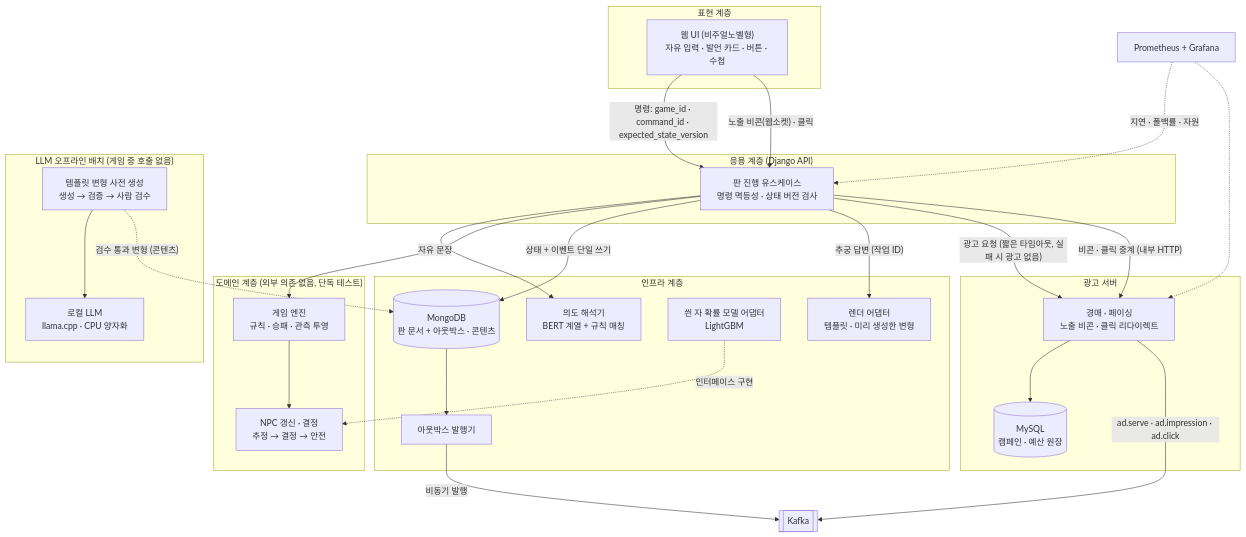
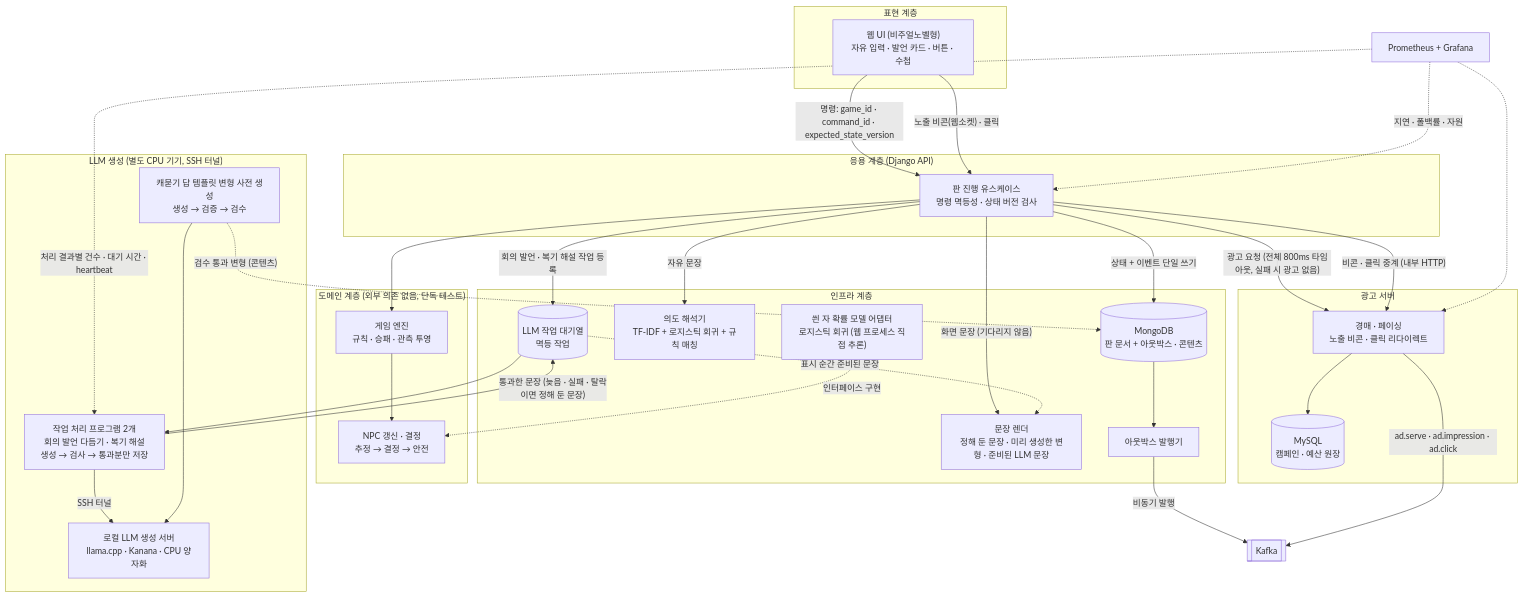
One commit to encore-ai-campus/mlo-01-p4-team3 changed the first of 3 diagrams in docs/paldo_design_v1.md. Above: the diagram before and after it, drawn with Mermaid. The commit also changed other lines of this file and 2 other files, not shown here.

````diff
--- a/docs/paldo_design_v1.md
+++ b/docs/paldo_design_v1.md
@@ -308,54 +307,62 @@
 ```mermaid
 flowchart TB
   subgraph P["표현 계층"]
     UI["웹 UI (비주얼노벨형)<br/>자유 입력 · 발언 카드 · 버튼 · 수첩"]
   end
 
   subgraph A["응용 계층 (Django API)"]
     UC["판 진행 유스케이스<br/>명령 멱등성 · 상태 버전 검사"]
   end
 
   subgraph D["도메인 계층 (외부 의존 없음, 단독 테스트)"]
     ENG["게임 엔진<br/>규칙 · 승패 · 관측 투영"]
     NPC["NPC 갱신 · 결정<br/>추정 → 결정 → 안전"]
   end
 
   subgraph I["인프라 계층"]
     DB[("MongoDB<br/>판 문서 + 아웃박스 · 콘텐츠")]
-    INT["의도 해석기<br/>BERT 계열 + 규칙 매칭"]
-    MDL["씐 자 확률 모델 어댑터<br/>LightGBM"]
-    LLMC["렌더 어댑터<br/>템플릿 · 미리 생성한 변형"]
+    INT["의도 해석기<br/>TF-IDF + 로지스틱 회귀 + 규칙 매칭"]
+    MDL["씐 자 확률 모델 어댑터<br/>로지스틱 회귀 (웹 프로세스 직접 추론)"]
+    LLMC["문장 렌더<br/>정해 둔 문장 · 미리 생성한 변형 · 준비된 LLM 문장"]
+    Q[("LLM 작업 대기열<br/>멱등 작업")]
     PUB["아웃박스 발행기"]
   end
 
-  subgraph L["LLM 오프라인 배치 (게임 중 호출 없음)"]
-    LG["템플릿 변형 사전 생성<br/>생성 → 검증 → 사람 검수"]
-    LLM["로컬 LLM<br/>llama.cpp · CPU 양자화"]
+  subgraph L["LLM 생성 (별도 CPU 기기, SSH 터널)"]
+    W["작업 처리 프로그램 2개<br/>회의 발언 다듬기 · 복기 해설<br/>생성 → 검사 → 통과분만 저장"]
+    LLM["로컬 LLM 생성 서버<br/>llama.cpp · Kanana · CPU 양자화"]
+    LG["캐묻기 답 템플릿 변형 사전 생성<br/>생성 → 검증 → 검수"]
   end
 
   UI -->|"명령: game_id · command_id · expected_state_version"| UC
   UC -->|"자유 문장"| INT
   UC --> ENG
   ENG --> NPC
   MDL -.->|"인터페이스 구현"| NPC
   UC -->|"상태 + 이벤트 단일 쓰기"| DB
-  UC -->|"추궁 답변 (작업 ID)"| LLMC
+  UC -->|"화면 문장 (기다리지 않음)"| LLMC
+  UC -->|"회의 발언 · 복기 해설 작업 등록"| Q
+  Q --> W
+  W -->|"SSH 터널"| LLM
+  W -->|"통과한 문장 (늦음 · 실패 · 탈락이면 정해 둔 문장)"| Q
+  Q -.->|"표시 순간 준비된 문장"| LLMC
   LG --> LLM
   LG -.->|"검수 통과 변형 (콘텐츠)"| DB
   DB --> PUB
   PUB -->|"비동기 발행"| K[["Kafka"]]
 
   subgraph AD["광고 서버"]
     ADS["경매 · 페이싱<br/>노출 비콘 · 클릭 리다이렉트"]
     ADB[("MySQL<br/>캠페인 · 예산 원장")]
   end
 
-  UC -->|"광고 요청 (짧은 타임아웃, 실패 시 광고 없음)"| ADS
+  UC -->|"광고 요청 (전체 800ms 타임아웃, 실패 시 광고 없음)"| ADS
   UI -->|"노출 비콘(웹소켓) · 클릭"| UC
   UC -->|"비콘 · 클릭 중계 (내부 HTTP)"| ADS
   ADS --> ADB
   ADS -->|"ad.serve · ad.impression · ad.click"| K
 
   MON["Prometheus + Grafana"] -.->|"지연 · 폴백률 · 자원"| UC
   MON -.-> ADS
+  MON -.->|"처리 결과별 건수 · 대기 시간 · heartbeat"| W
 ```
````
